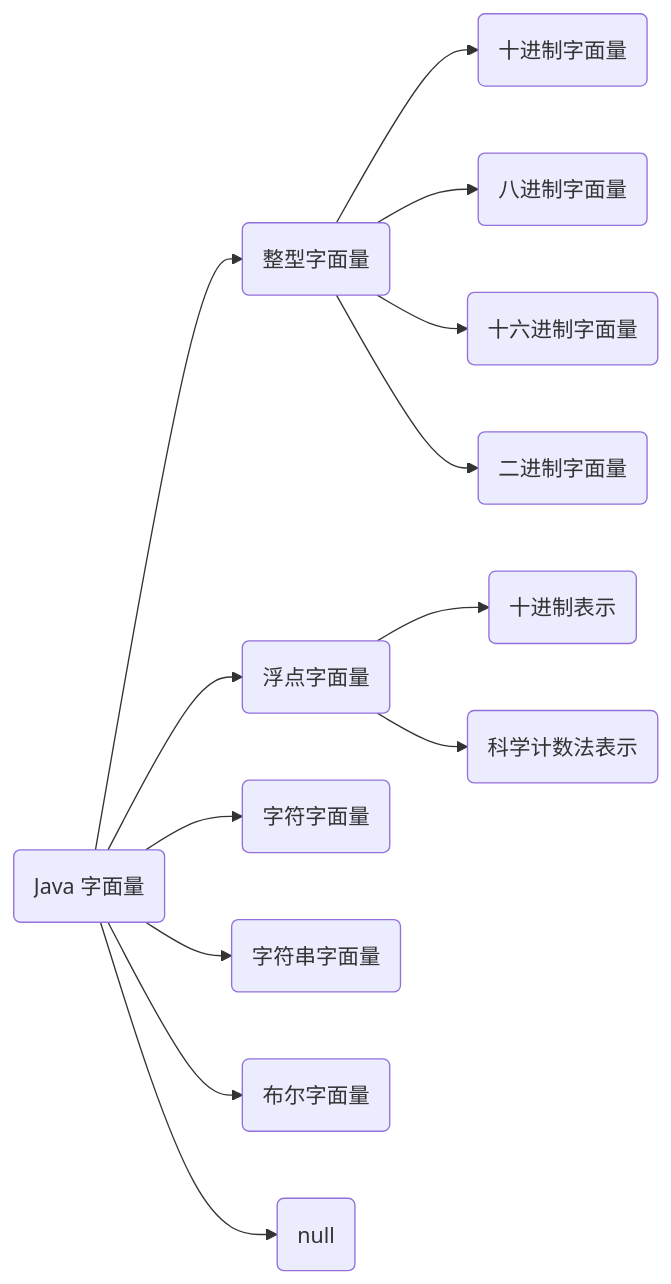
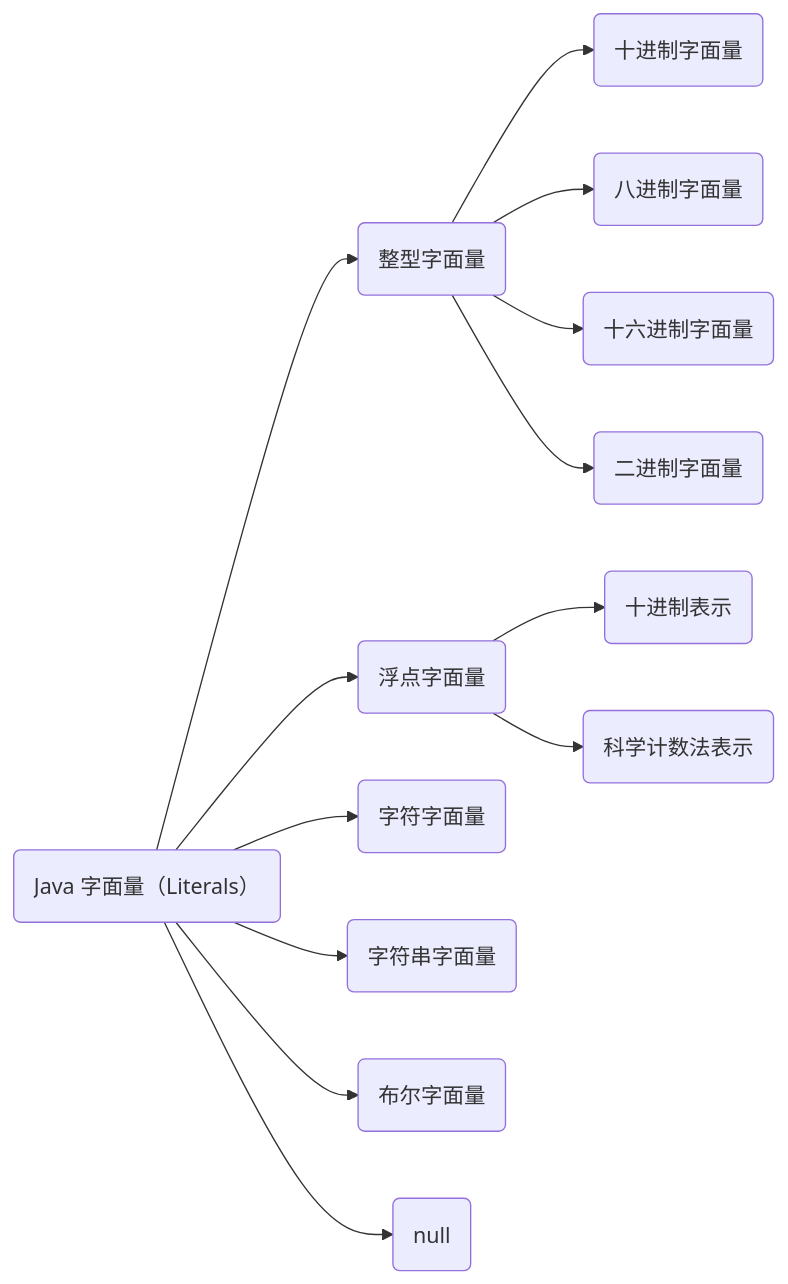
One commit to luyeeya/luyeeya.github.io changed the diagram in _posts/2023-12-22-java-literals.md. Above: the diagram before and after it, drawn with Mermaid. The commit also changed other lines of this file, not shown here.

Commit message:
feat(update post): Update java-literals

```diff
--- a/_posts/2023-12-22-java-literals.md
+++ b/_posts/2023-12-22-java-literals.md
@@ -16,23 +7,23 @@
 <div class="mermaid">
 graph LR
-literals(Java 字面量)
+literals(Java 字面量（Literals）)
 
 literals --> integral_literals
 integral_literals(整型字面量)
 integral_literals --> decimal_integer(十进制字面量)
 integral_literals --> octal_integer(八进制字面量)
 integral_literals --> hexa_decimal_integer(十六进制字面量)
 integral_literals --> binary_integer(二进制字面量)
 
 literals --> floating_point_literals(浮点字面量)
 floating_point_literals --> floating(十进制表示)
 floating_point_literals --> decimal(科学计数法表示)
 
 literals --> char_literals(字符字面量)
 
 literals --> string_literals(字符串字面量)
 
 literals --> boolean_literals(布尔字面量)
 
 literals --> null_literals(null)
 </div>
```
